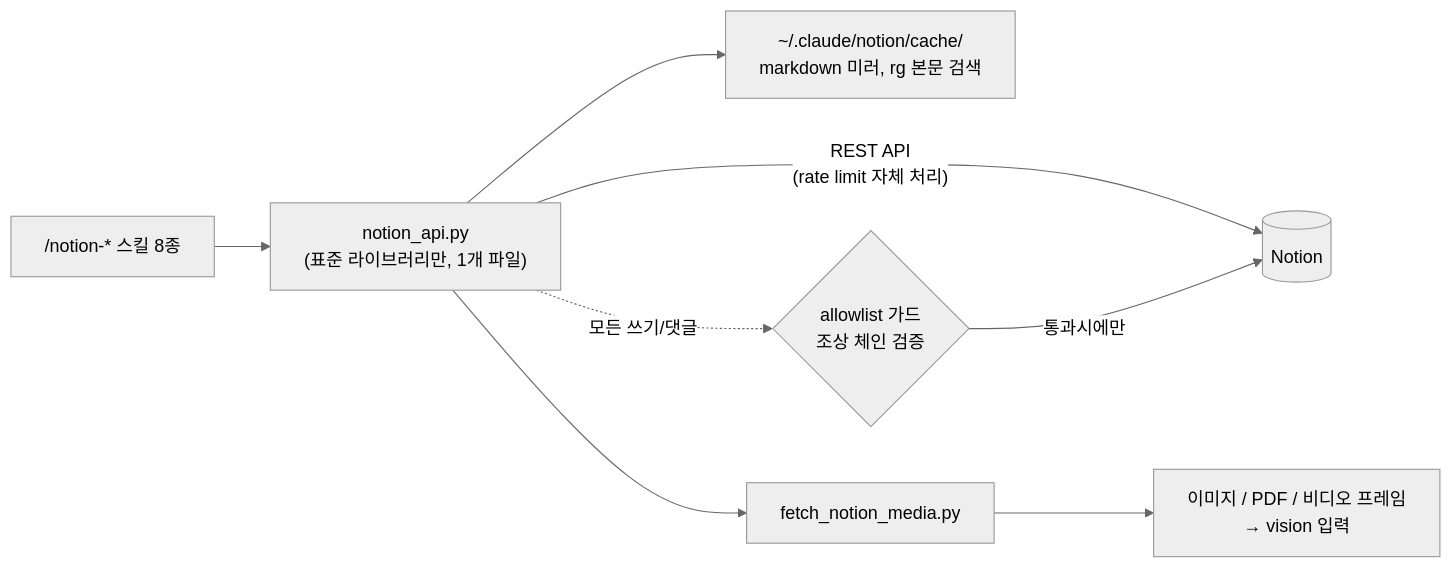
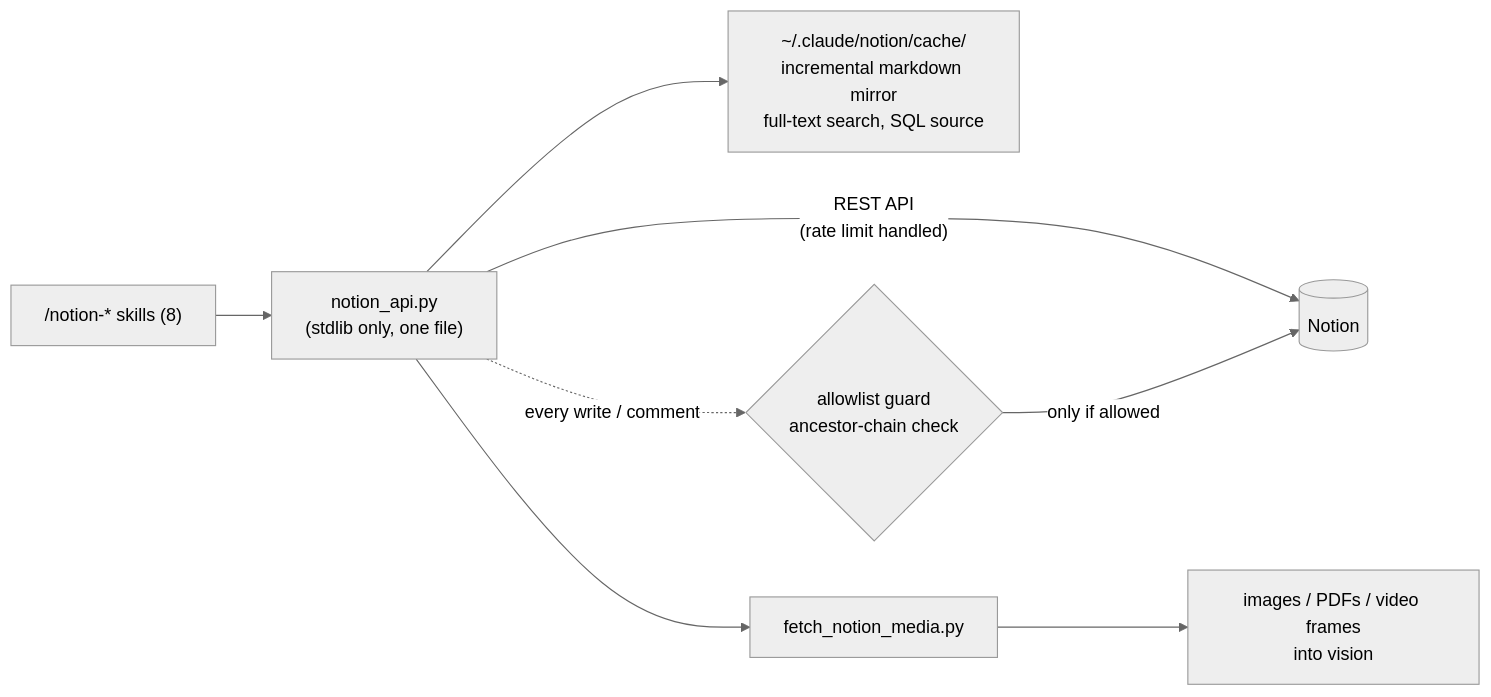
Before and after one commit to FuJiGraphics/n-claude-notion-skill: the diagram in README.md, drawn with Mermaid (neutral theme). The commit also changed other lines of this file and 4 other files, not shown here.

````diff
--- a/README.md
+++ b/README.md
@@ -111,10 +110,10 @@
 ```mermaid
 graph LR
-    S["/notion-* 스킬 8종"] --> E["notion_api.py<br/>(표준 라이브러리만, 1개 파일)"]
-    E -->|"REST API<br/>(rate limit 자체 처리)"| N[("Notion")]
-    E --> C["~/.claude/notion/cache/<br/>markdown 미러, rg 본문 검색"]
-    E -.->|"모든 쓰기/댓글"| G{"allowlist 가드<br/>조상 체인 검증"}
-    G -->|통과시에만| N
-    M["fetch_notion_media.py"] --> V["이미지 / PDF / 비디오 프레임<br/>→ vision 입력"]
-    E --> M
+    S["/notion-* skills (8)"] --> E["notion_api.py<br/>(stdlib only, one file)"]
+    E -->|"REST API<br/>(rate limit handled)"| N[("Notion")]
+    E --> C["~/.claude/notion/cache/<br/>incremental markdown mirror<br/>full-text search, SQL source"]
+    E -.->|"every write / comment"| G{"allowlist guard<br/>ancestor-chain check"}
+    G -->|only if allowed| N
+    E --> M["fetch_notion_media.py"]
+    M --> V["images / PDFs / video frames<br/>into vision"]
 ```
````
